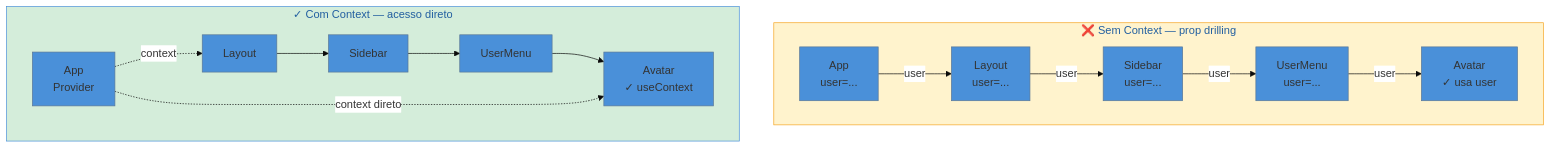
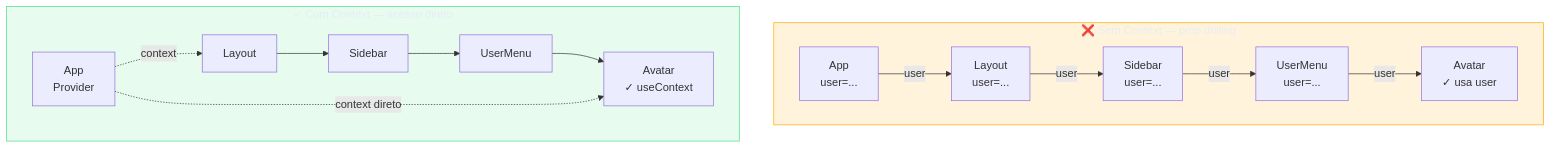
Before and after one commit to josenaldo/codex-technomanticus: the diagram in 03-Dominios/Tecnologia/React/React core/11 - useContext e Context API.md, drawn with Mermaid. The commit also changed 1181 other files, not shown here.

First line of the commit message:
fix(diagramas): paleta do sistema no lugar de cor cravada no markdown

````diff
--- a/03-Dominios/Tecnologia/React/React core/11 - useContext e Context API.md
+++ b/03-Dominios/Tecnologia/React/React core/11 - useContext e Context API.md
@@ -156,21 +156,22 @@
 ```mermaid
-%%{init: {"theme": "base", "themeVariables": {"primaryColor": "#4A90D9", "edgeLabelBackground": "#ffffff"}}}%%
 graph TB
+    classDef destaque fill:#FFAA0024,stroke:#FFAA00,color:#E9ECF2
+    classDef ok fill:#4ADE8021,stroke:#4ADE80,color:#E9ECF2
     subgraph SEM["❌ Sem Context — prop drilling"]
         A1[App\n user=...] -->|user| B1[Layout\n user=...]
         B1 -->|user| C1[Sidebar\n user=...]
         C1 -->|user| D1[UserMenu\n user=...]
         D1 -->|user| E1[Avatar\n✓ usa user]
     end
 
     subgraph COM["✓ Com Context — acesso direto"]
         A2[App\nProvider] -.->|context| B2[Layout]
         B2 --> C2[Sidebar]
         C2 --> D2[UserMenu]
         D2 --> E2[Avatar\n✓ useContext]
         A2 -.->|context direto| E2
     end
 
-    style SEM fill:#fff3cd,stroke:#F5A623
-    style COM fill:#d4edda,stroke:#4A90D9
+    class SEM destaque
+    class COM ok
 ```
````
